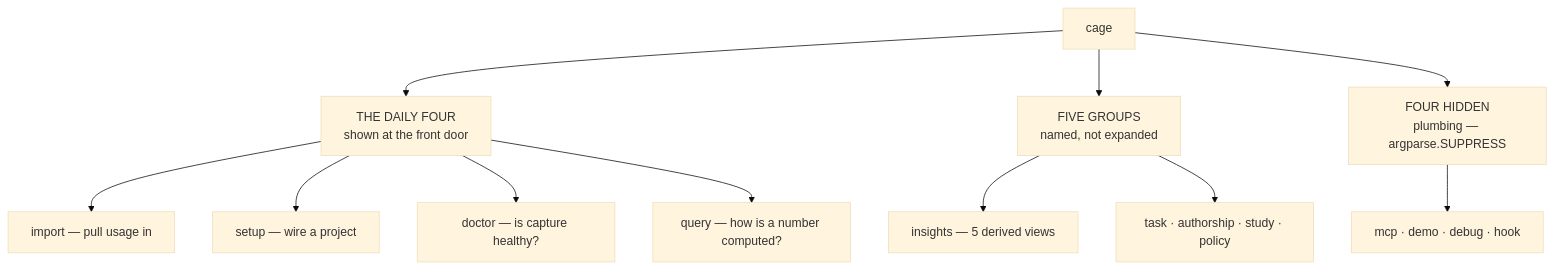
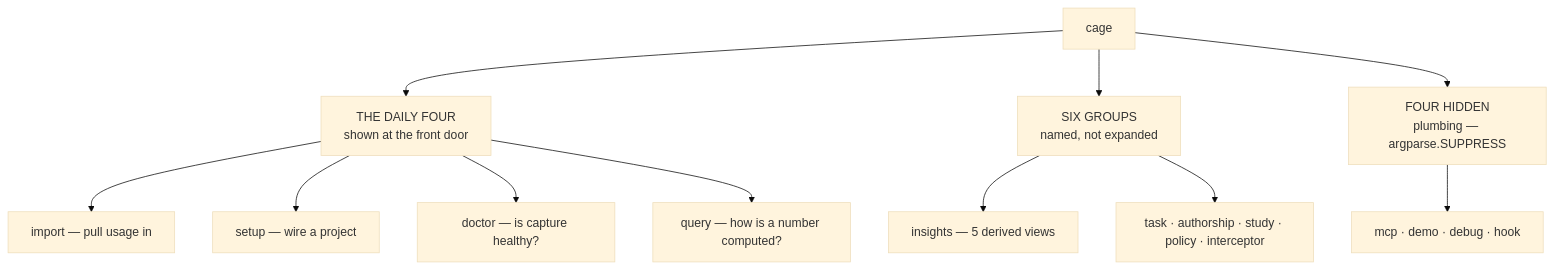
The diagram in docs/adr/0002_cli.md (arpitarya/cage), drawn with Mermaid (base theme) before and after one commit. The commit also changed other lines of this file and 32 other files, not shown here.

````diff
--- a/docs/adr/0002_cli.md
+++ b/docs/adr/0002_cli.md
@@ -28,14 +28,14 @@
 ```mermaid
 flowchart TD
     CLI["cage"]
     CLI --> D["THE DAILY FOUR<br/>shown at the front door"]
-    CLI --> G["FIVE GROUPS<br/>named, not expanded"]
+    CLI --> G["SIX GROUPS<br/>named, not expanded"]
     CLI --> H["FOUR HIDDEN<br/>plumbing — argparse.SUPPRESS"]
     D --> D1["import — pull usage in"]
     D --> D2["setup — wire a project"]
     D --> D3["doctor — is capture healthy?"]
     D --> D4["query — how is a number computed?"]
     G --> G1["insights — 5 derived views"]
-    G --> G2["task · authorship · study · policy"]
+    G --> G2["task · authorship · study · policy · interceptor"]
     H --> H1["mcp · demo · debug · hook"]
 ```
````
